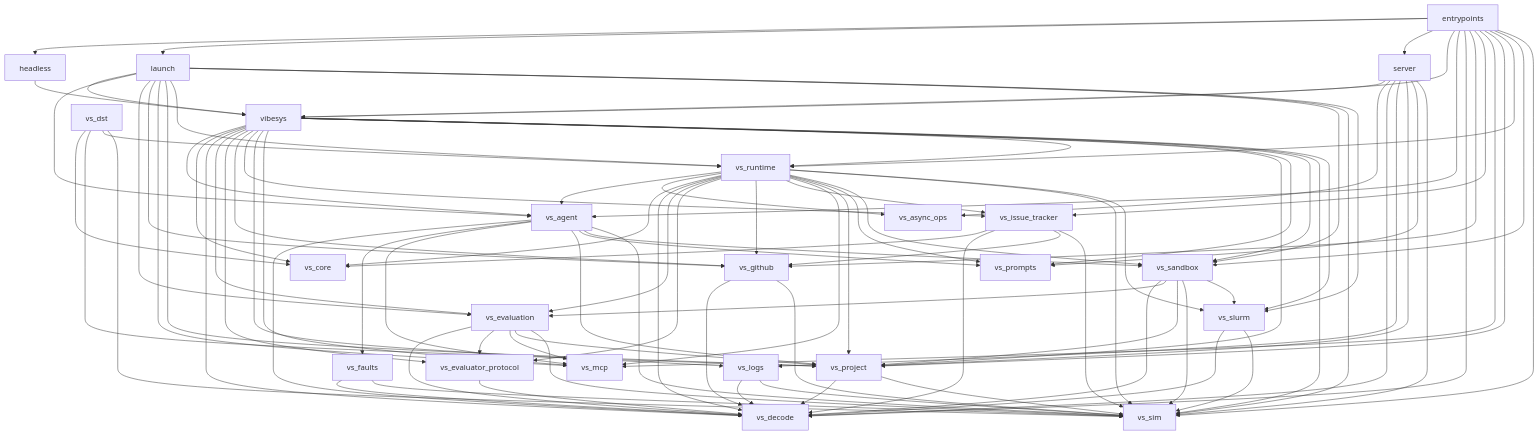
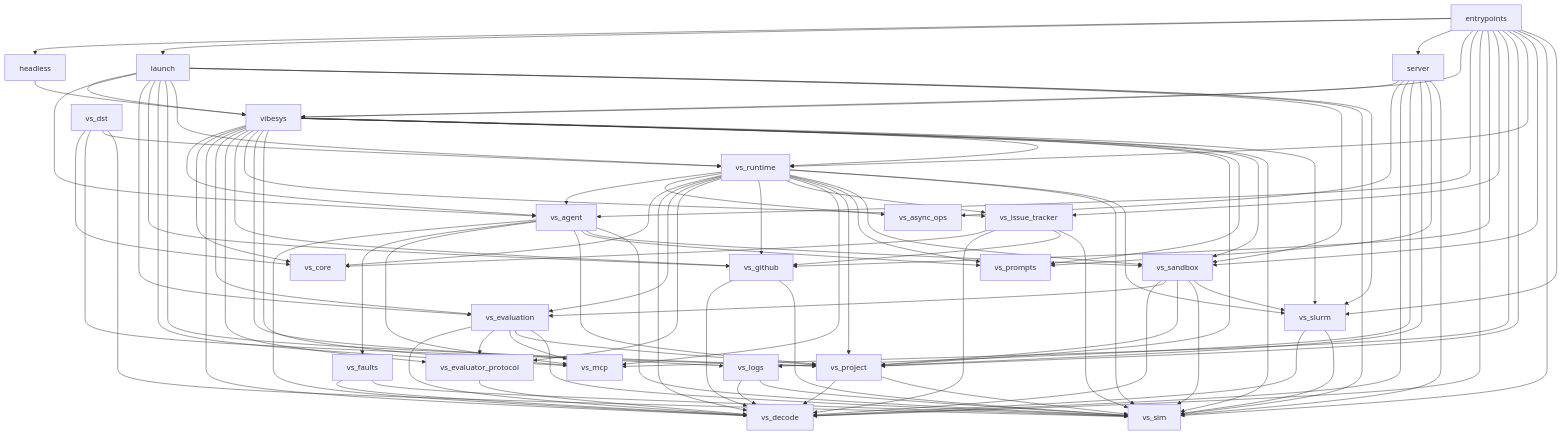
One commit to uw-syfi/vibesys changed the diagram in docs/contributing/architecture.md. Above: the diagram before and after it, drawn with Mermaid. The commit also changed 10 other files, not shown here.

```diff
--- a/docs/contributing/architecture.md
+++ b/docs/contributing/architecture.md
@@ -145,6 +145,7 @@
     entrypoints --> vs_runtime
     entrypoints --> vs_sandbox
     entrypoints --> vs_sim
+    entrypoints --> vs_slurm
     headless --> vibesys
     launch --> vibesys
     launch --> vs_agent
```
